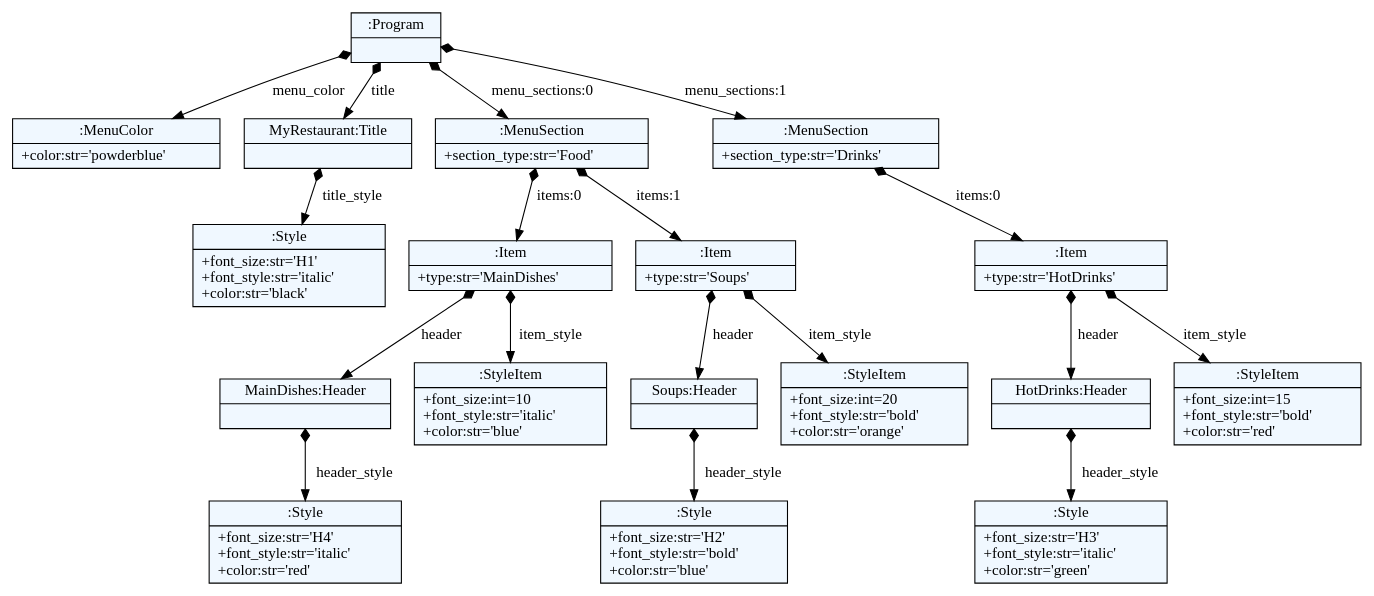
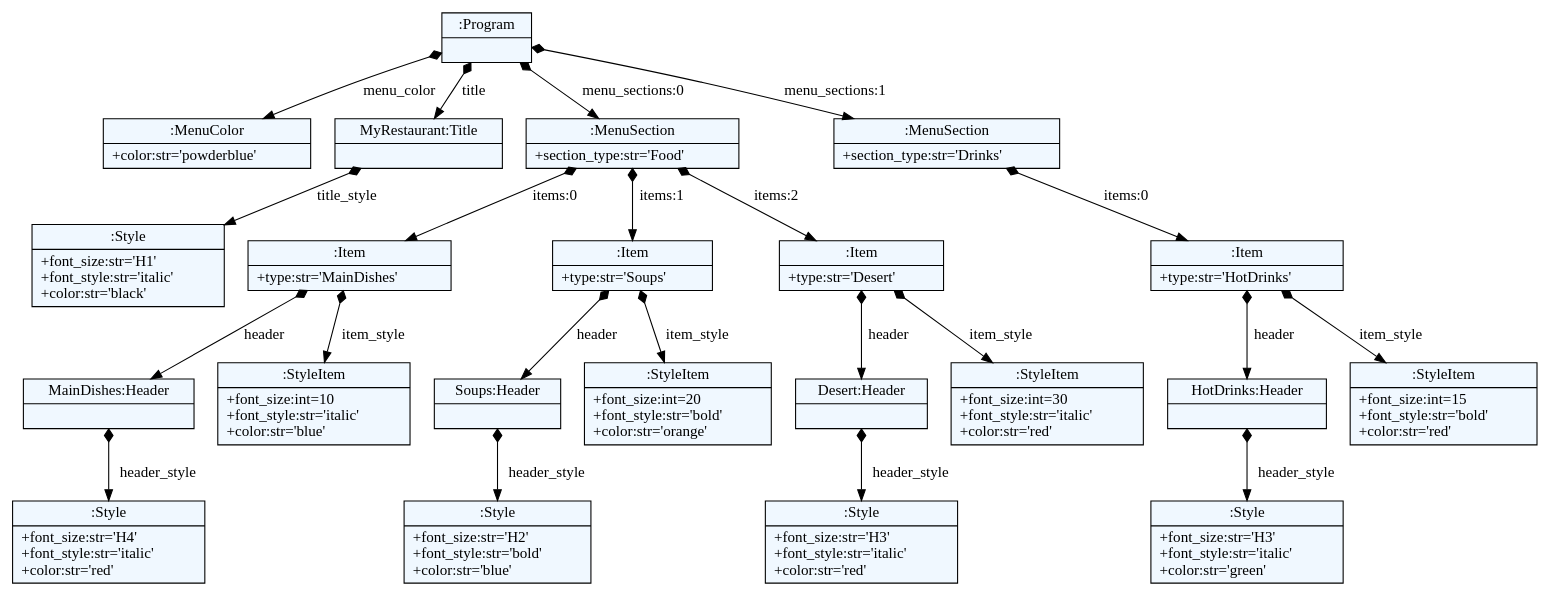
Before and after one commit to marijamilanovic/DSL: the diagram in menuDSL/example.dot, drawn with Graphviz. The commit also changed 7 other files, not shown here.

```diff
--- a/menuDSL/example.dot
+++ b/menuDSL/example.dot
@@ -1,50 +1,58 @@
 
     digraph textX {
     fontname = "Bitstream Vera Sans"
     fontsize = 8
     node[
         shape=record,
         style=filled,
         fillcolor=aliceblue
     ]
     nodesep = 0.3
     edge[dir=black,arrowtail=empty]
 
 
-2379445418064 -> 2379445417296 [label="menu_color" arrowtail=diamond dir=both]
-2379445417296[label="{:MenuColor|+color:str='powderblue'\l}"]
-2379445418064 -> 2379445417728 [label="title" arrowtail=diamond dir=both]
-2379445417728 -> 2379445410048 [label="title_style" arrowtail=diamond dir=both]
-2379445410048[label="{:Style|+font_size:str='H1'\l+font_style:str='italic'\l+color:str='black'\l}"]
-2379445417728[label="{MyRestaurant:Title|}"]
-2379445418064 -> 2379445410000 [label="menu_sections:0" arrowtail=diamond dir=both]
-2379445410000 -> 2379445403856 [label="items:0" arrowtail=diamond dir=both]
-2379445403856 -> 2379445414128 [label="header" arrowtail=diamond dir=both]
-2379445414128 -> 2379445404384 [label="header_style" arrowtail=diamond dir=both]
-2379445404384[label="{:Style|+font_size:str='H4'\l+font_style:str='italic'\l+color:str='red'\l}"]
-2379445414128[label="{MainDishes:Header|}"]
-2379445403856 -> 2379445417104 [label="item_style" arrowtail=diamond dir=both]
-2379445417104[label="{:StyleItem|+font_size:int=10\l+font_style:str='italic'\l+color:str='blue'\l}"]
-2379445403856[label="{:Item|+type:str='MainDishes'\l}"]
-2379445410000 -> 2379445405344 [label="items:1" arrowtail=diamond dir=both]
-2379445405344 -> 2379445408176 [label="header" arrowtail=diamond dir=both]
-2379445408176 -> 2379445417152 [label="header_style" arrowtail=diamond dir=both]
-2379445417152[label="{:Style|+font_size:str='H2'\l+font_style:str='bold'\l+color:str='blue'\l}"]
-2379445408176[label="{Soups:Header|}"]
-2379445405344 -> 2379445419120 [label="item_style" arrowtail=diamond dir=both]
-2379445419120[label="{:StyleItem|+font_size:int=20\l+font_style:str='bold'\l+color:str='orange'\l}"]
-2379445405344[label="{:Item|+type:str='Soups'\l}"]
-2379445410000[label="{:MenuSection|+section_type:str='Food'\l}"]
-2379445418064 -> 2379445418880 [label="menu_sections:1" arrowtail=diamond dir=both]
-2379445418880 -> 2379445417584 [label="items:0" arrowtail=diamond dir=both]
-2379445417584 -> 2379445409808 [label="header" arrowtail=diamond dir=both]
-2379445409808 -> 2379445418688 [label="header_style" arrowtail=diamond dir=both]
-2379445418688[label="{:Style|+font_size:str='H3'\l+font_style:str='italic'\l+color:str='green'\l}"]
-2379445409808[label="{HotDrinks:Header|}"]
-2379445417584 -> 2379445418592 [label="item_style" arrowtail=diamond dir=both]
-2379445418592[label="{:StyleItem|+font_size:int=15\l+font_style:str='bold'\l+color:str='red'\l}"]
-2379445417584[label="{:Item|+type:str='HotDrinks'\l}"]
-2379445418880[label="{:MenuSection|+section_type:str='Drinks'\l}"]
-2379445418064[label="{:Program|}"]
+1311558740832 -> 1311558734112 [label="menu_color" arrowtail=diamond dir=both]
+1311558734112[label="{:MenuColor|+color:str='powderblue'\l}"]
+1311558740832 -> 1311558745344 [label="title" arrowtail=diamond dir=both]
+1311558745344 -> 1311558743712 [label="title_style" arrowtail=diamond dir=both]
+1311558743712[label="{:Style|+font_size:str='H1'\l+font_style:str='italic'\l+color:str='black'\l}"]
+1311558745344[label="{MyRestaurant:Title|}"]
+1311558740832 -> 1311558743664 [label="menu_sections:0" arrowtail=diamond dir=both]
+1311558743664 -> 1311558740352 [label="items:0" arrowtail=diamond dir=both]
+1311558740352 -> 1311558745008 [label="header" arrowtail=diamond dir=both]
+1311558745008 -> 1311558740208 [label="header_style" arrowtail=diamond dir=both]
+1311558740208[label="{:Style|+font_size:str='H4'\l+font_style:str='italic'\l+color:str='red'\l}"]
+1311558745008[label="{MainDishes:Header|}"]
+1311558740352 -> 1311558742512 [label="item_style" arrowtail=diamond dir=both]
+1311558742512[label="{:StyleItem|+font_size:int=10\l+font_style:str='italic'\l+color:str='blue'\l}"]
+1311558740352[label="{:Item|+type:str='MainDishes'\l}"]
+1311558743664 -> 1311558742752 [label="items:1" arrowtail=diamond dir=both]
+1311558742752 -> 1311558740400 [label="header" arrowtail=diamond dir=both]
+1311558740400 -> 1311558738144 [label="header_style" arrowtail=diamond dir=both]
+1311558738144[label="{:Style|+font_size:str='H2'\l+font_style:str='bold'\l+color:str='blue'\l}"]
+1311558740400[label="{Soups:Header|}"]
+1311558742752 -> 1311558740880 [label="item_style" arrowtail=diamond dir=both]
+1311558740880[label="{:StyleItem|+font_size:int=20\l+font_style:str='bold'\l+color:str='orange'\l}"]
+1311558742752[label="{:Item|+type:str='Soups'\l}"]
+1311558743664 -> 1311558742704 [label="items:2" arrowtail=diamond dir=both]
+1311558742704 -> 1311558739152 [label="header" arrowtail=diamond dir=both]
+1311558739152 -> 1311558743472 [label="header_style" arrowtail=diamond dir=both]
+1311558743472[label="{:Style|+font_size:str='H3'\l+font_style:str='italic'\l+color:str='red'\l}"]
+1311558739152[label="{Desert:Header|}"]
+1311558742704 -> 1311558742560 [label="item_style" arrowtail=diamond dir=both]
+1311558742560[label="{:StyleItem|+font_size:int=30\l+font_style:str='italic'\l+color:str='red'\l}"]
+1311558742704[label="{:Item|+type:str='Desert'\l}"]
+1311558743664[label="{:MenuSection|+section_type:str='Food'\l}"]
+1311558740832 -> 1311558744096 [label="menu_sections:1" arrowtail=diamond dir=both]
+1311558744096 -> 1311558744960 [label="items:0" arrowtail=diamond dir=both]
+1311558744960 -> 1311558743904 [label="header" arrowtail=diamond dir=both]
+1311558743904 -> 1311558745104 [label="header_style" arrowtail=diamond dir=both]
+1311558745104[label="{:Style|+font_size:str='H3'\l+font_style:str='italic'\l+color:str='green'\l}"]
+1311558743904[label="{HotDrinks:Header|}"]
+1311558744960 -> 1311558737808 [label="item_style" arrowtail=diamond dir=both]
+1311558737808[label="{:StyleItem|+font_size:int=15\l+font_style:str='bold'\l+color:str='red'\l}"]
+1311558744960[label="{:Item|+type:str='HotDrinks'\l}"]
+1311558744096[label="{:MenuSection|+section_type:str='Drinks'\l}"]
+1311558740832[label="{:Program|}"]
 
 }
```
